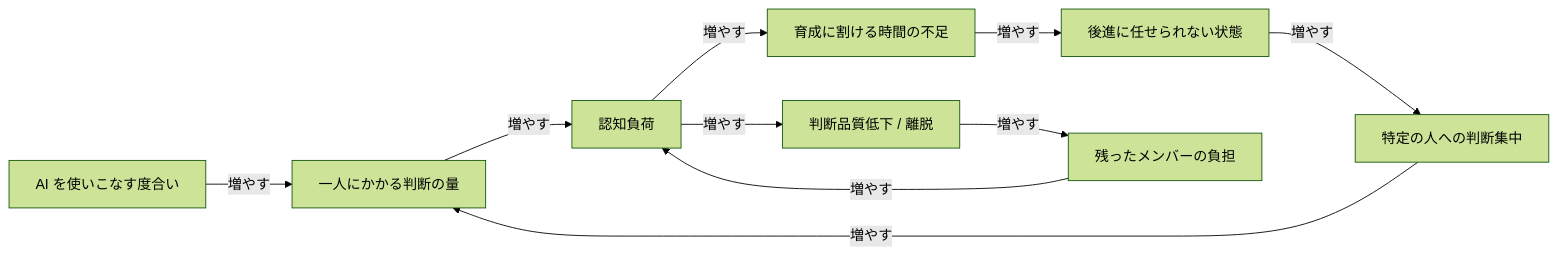
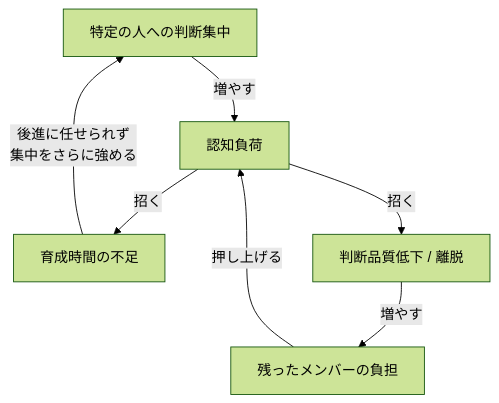
One commit to iwasa-kosui/monorepo changed the eighth of 8 diagrams in apps/kosui-me/src/content/posts/2026-04-29-knowledge-entropy-and-normative-layer.mdx. Above: the diagram before and after it, drawn with Mermaid (forest theme). The commit also changed other lines of this file and 5 other files, not shown here.

First line of the commit message:
feat(kosui-me): 知識エントロピー記事に挿絵を追加し因果ループ図を簡素化 (#410)

````diff
--- a/apps/kosui-me/src/content/posts/2026-04-29-knowledge-entropy-and-normative-layer.mdx
+++ b/apps/kosui-me/src/content/posts/2026-04-29-knowledge-entropy-and-normative-layer.mdx
@@ -193,21 +175,15 @@
 ```mermaid
-flowchart LR
-    A["AI を使いこなす度合い"]
-    B["一人にかかる判断の量"]
+flowchart TD
+    F["特定の人への判断集中"]
     C["認知負荷"]
-    D["育成に割ける時間の不足"]
-    E["後進に任せられない状態"]
-    F["特定の人への判断集中"]
+    D["育成時間の不足"]
     G["判断品質低下 / 離脱"]
     H["残ったメンバーの負担"]
 
-    A -->|増やす| B
-    B -->|増やす| C
-    C -->|増やす| D
-    D -->|増やす| E
-    E -->|増やす| F
-    F -->|増やす| B
-    C -->|増やす| G
+    F -->|増やす| C
+    C -->|招く| D
+    D -->|後進に任せられず<br>集中をさらに強める| F
+    C -->|招く| G
     G -->|増やす| H
-    H -->|増やす| C
+    H -->|押し上げる| C
 ```
````
